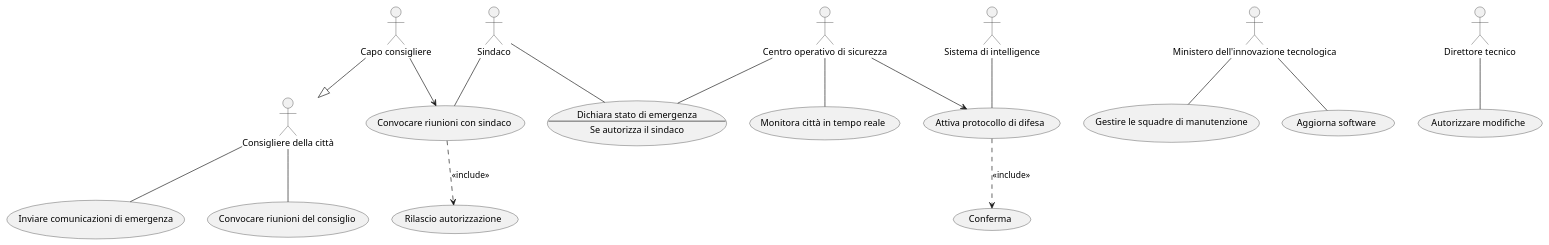
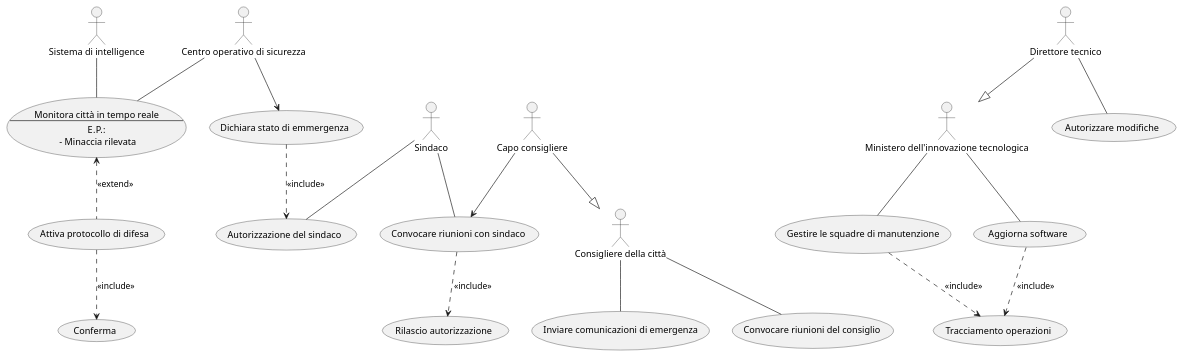
The diagram in NeoTokyo/src/UC.puml (Mazzo-007/TPSI-INFO), drawn with PlantUML before and after one commit. The commit also changed 6 other files, not shown here.

```diff
--- a/NeoTokyo/src/UC.puml
+++ b/NeoTokyo/src/UC.puml
@@ -1,53 +1,60 @@
 @startuml
     :Consigliere della città: as CC
     :Capo consigliere: as HeadC
 
     :Centro operativo di sicurezza: as COS
     :Sistema di intelligence: as SI
     :Sindaco: as S
 
     :Ministero dell'innovazione tecnologica: as MIT
     :Direttore tecnico: as DT
 
     (Inviare comunicazioni di emergenza) as UC1
     (Convocare riunioni del consiglio) as UC2
 
     (Convocare riunioni con sindaco) as UC3
     (Rilascio autorizzazione) as RA
 
-    (Monitora città in tempo reale) as UC4
+    usecase UC4 as "
+        Monitora città in tempo reale
+        --
+        E.P.:
+         - Minaccia rilevata
+    "
     (Attiva protocollo di difesa) as UC5
     (Conferma) as UC6
-    usecase UC7 as "
-        Dichiara stato di emergenza
-        --
-        Se autorizza il sindaco
-    "
+    (Dichiara stato di emmergenza) as UC7
+    (Autorizzazione del sindaco) as UC8
 
-    (Gestire le squadre di manutenzione) as UC8
-    (Aggiorna software) as UC9
+    (Gestire le squadre di manutenzione) as UC9
+    (Aggiorna software) as UC10
+    (Tracciamento operazioni) as UC11
 
-    (Autorizzare modifiche) as UC10
+    (Autorizzare modifiche) as UC12
 
     CC -- UC1
     CC -- UC2
 
     HeadC --|> CC
 
     HeadC --> UC3
     UC3 ..> RA : <<include>>
     S -- UC3
 
     COS -- UC4
-    COS --> UC5
-    SI -- UC5
+    UC5 .up.> UC4 : <<extend>>
+    SI -- UC4
     UC5 ..> UC6 : <<include>>
-    COS -- UC7
-    S -- UC7
+    COS --> UC7
+    UC7 ..> UC8 : <<include>>
+    S -- UC8
 
-    MIT -- UC8
     MIT -- UC9
+    MIT -- UC10
+    UC9 ..> UC11 : <<include>>
+    UC10 ..> UC11 : <<include>>
 
-    DT -- UC10
+    DT --|> MIT
+    DT -- UC12
 
 @enduml
```
